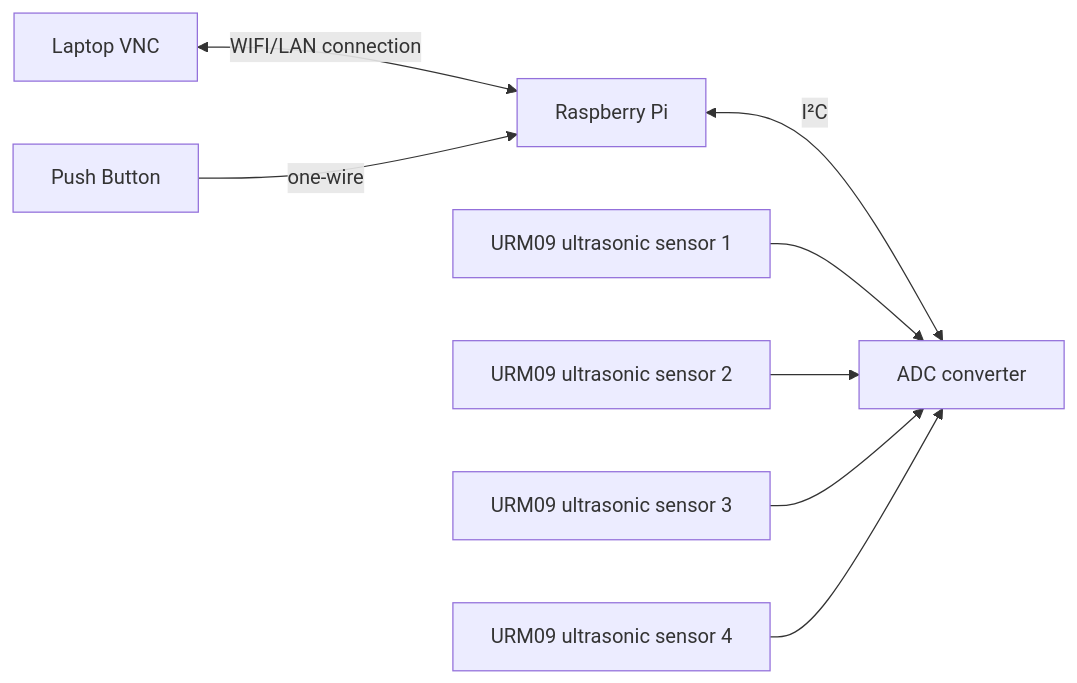
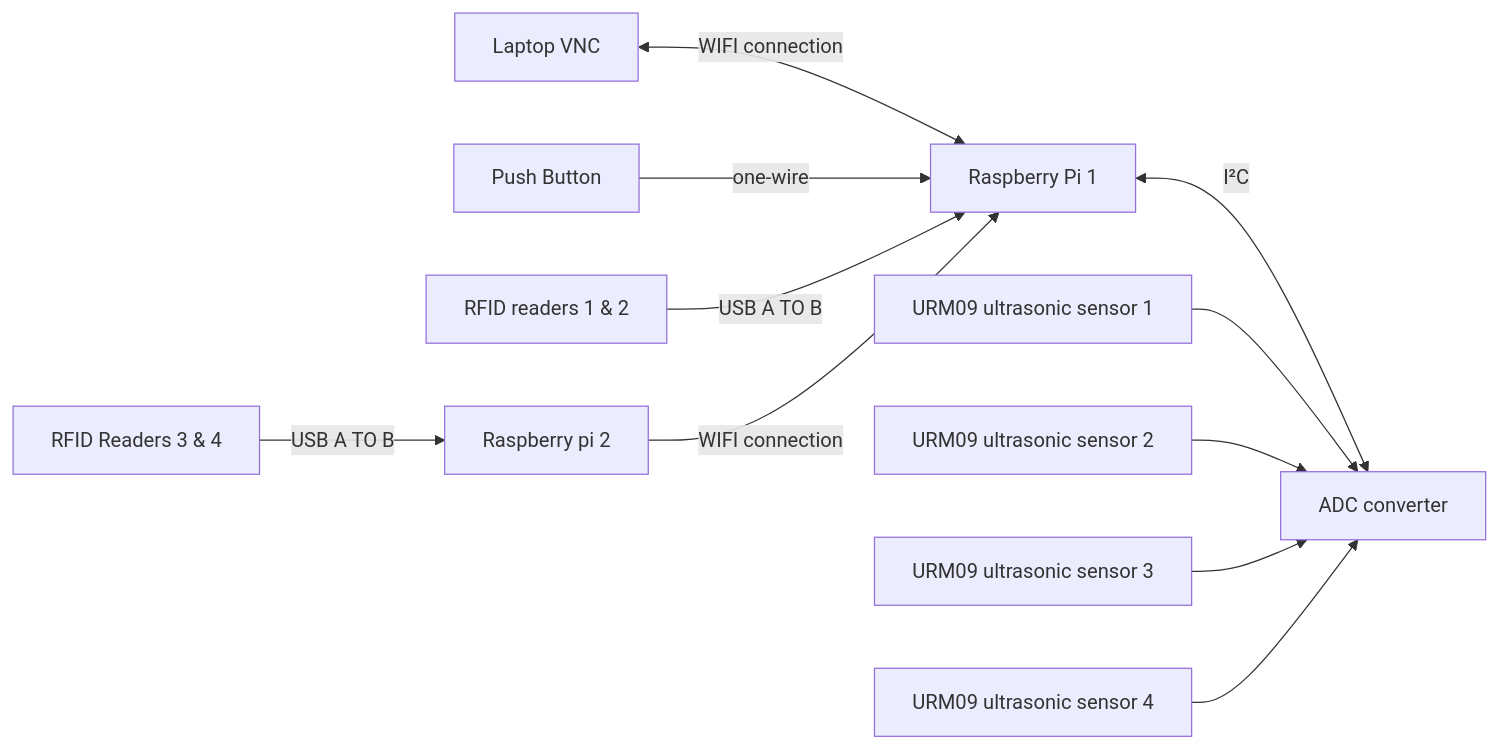
One commit to timsjt/EGL314_TEAMB changed the first of 2 diagrams in README.md. Above: the diagram before and after it, drawn with Mermaid. The commit also changed other lines of this file, not shown here.

````diff
--- a/README.md
+++ b/README.md
@@ -27,11 +27,14 @@
 ```mermaid
 graph LR
 
-A[Laptop VNC] <--WIFI/LAN connection-->B[Raspberry Pi]<--I²C-->C[ADC converter]
+A[Laptop VNC] <--WIFI connection-->B[Raspberry Pi 1]<--I²C-->C[ADC converter]
 D[URM09 ultrasonic sensor 1]-->C
 E[URM09 ultrasonic sensor 2]-->C
 F[URM09 ultrasonic sensor 3]-->C
 G[URM09 ultrasonic sensor 4]-->C
 H[Push Button]-- one-wire -->B
+I[RFID readers 1 & 2]--USB A TO B--> B
+J[Raspberry pi 2]--WIFI connection-->B
+K[RFID Readers 3 & 4]--USB A TO B -->J
 
 ```
````
